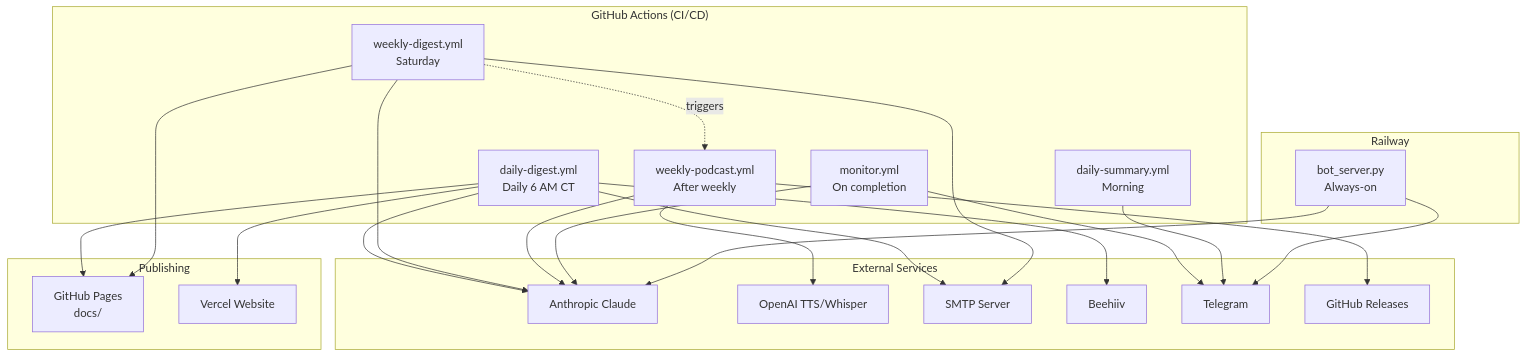
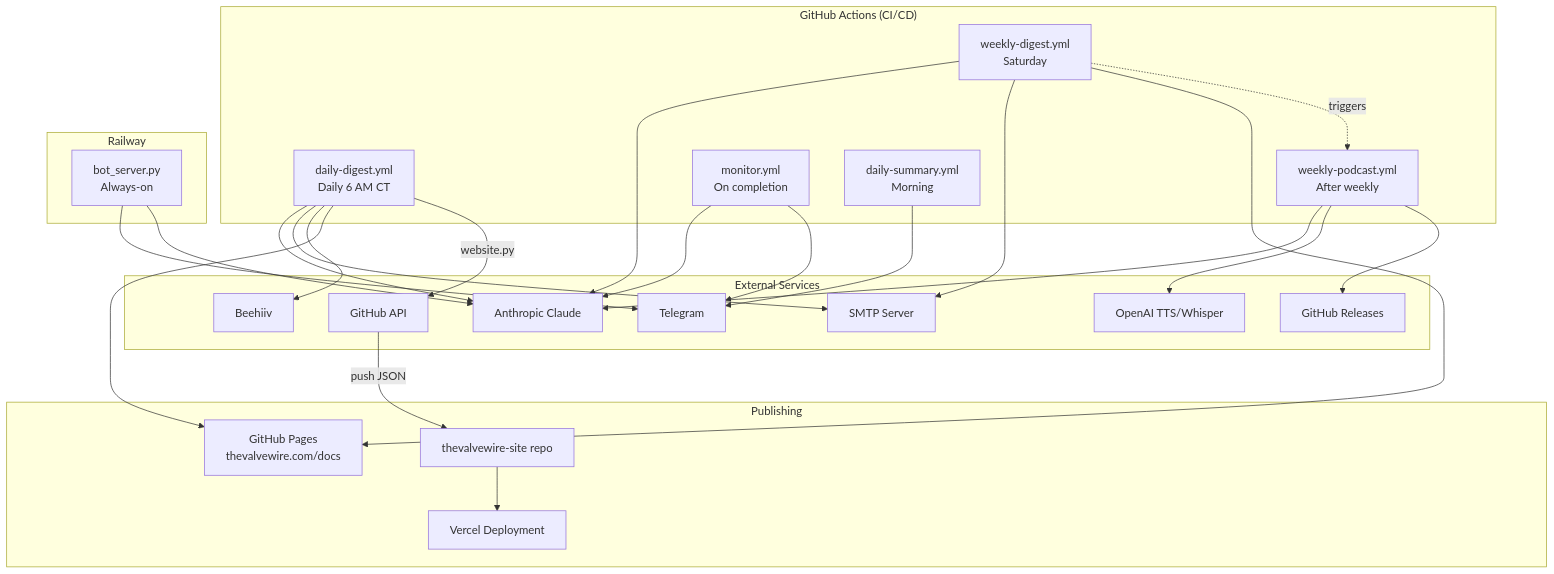
One commit to mbowdish88/tavr-digest changed the sixth of 6 diagrams in docs/architecture.md. Above: the diagram before and after it, drawn with Mermaid. The commit also changed other lines of this file and 1 other file, not shown here.

First line of the commit message:
Add Vercel website details to architecture diagrams and CLAUDE.md

````diff
--- a/docs/architecture.md
+++ b/docs/architecture.md
@@ -239,36 +308,41 @@
 ```mermaid
 graph TB
     subgraph "GitHub Actions (CI/CD)"
         D[daily-digest.yml<br/>Daily 6 AM CT]
         W[weekly-digest.yml<br/>Saturday]
         P[weekly-podcast.yml<br/>After weekly]
         M[monitor.yml<br/>On completion]
         S[daily-summary.yml<br/>Morning]
     end
 
     subgraph "Railway"
         BOT[bot_server.py<br/>Always-on]
     end
 
     subgraph "External Services"
         CLAUDE[Anthropic Claude]
         OAI[OpenAI TTS/Whisper]
         SMTP_SVC[SMTP Server]
         BH[Beehiiv]
         TG[Telegram]
         GH_REL[GitHub Releases]
+        GH_API[GitHub API]
     end
 
     subgraph "Publishing"
-        GP[GitHub Pages<br/>docs/]
-        VER[Vercel Website]
+        GP[GitHub Pages<br/>thevalvewire.com/docs]
+        VER_REPO[thevalvewire-site repo]
+        VER[Vercel Deployment]
     end
 
-    D --> CLAUDE & SMTP_SVC & BH & GP & VER
+    D --> CLAUDE & SMTP_SVC & BH & GP
+    D -->|website.py| GH_API
+    GH_API -->|push JSON| VER_REPO
+    VER_REPO --> VER
     W --> CLAUDE & SMTP_SVC & GP
     W -.->|triggers| P
     P --> CLAUDE & OAI & GH_REL
     M --> CLAUDE & TG
     S --> TG
     BOT --> TG & CLAUDE
 ```
````
